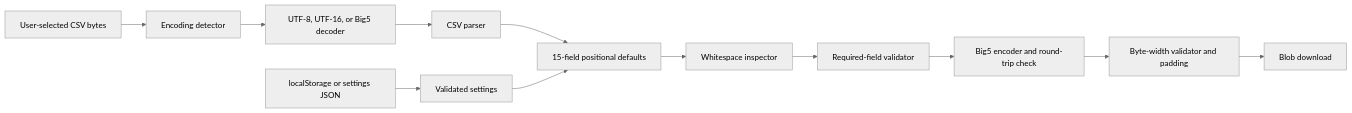
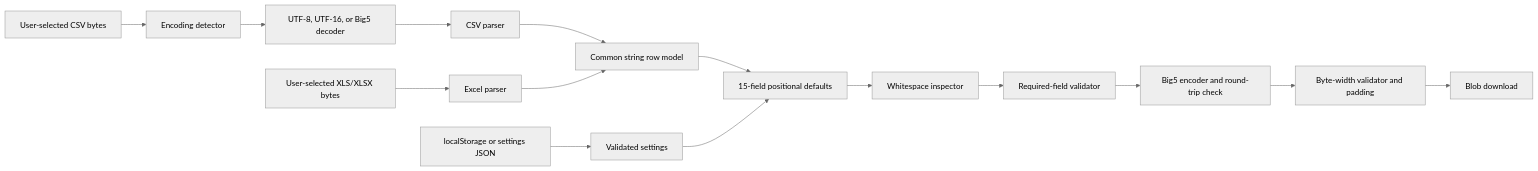
Before and after one commit to sleek874/csv2txt: the diagram in docs/DESIGN.md, drawn with Mermaid (neutral theme). The commit also changed other lines of this file and 18 other files, not shown here.

Commit message:
Add XLS and XLSX input support

````diff
--- a/docs/DESIGN.md
+++ b/docs/DESIGN.md
@@ -591,14 +610,17 @@
 ```mermaid
 flowchart LR
     A[User-selected CSV bytes] --> B[Encoding detector]
     B --> C[UTF-8, UTF-16, or Big5 decoder]
     C --> D[CSV parser]
-    D --> E[15-field positional defaults]
+    X[User-selected XLS/XLSX bytes] --> Y[Excel parser]
+    D --> N[Common string row model]
+    Y --> N
+    N --> E[15-field positional defaults]
     S[Validated settings] --> E
     E --> W[Whitespace inspector]
     W --> F[Required-field validator]
     F --> G[Big5 encoder and round-trip check]
     G --> H[Byte-width validator and padding]
     H --> I[Blob download]
     L[localStorage or settings JSON] --> S
 ```
````
